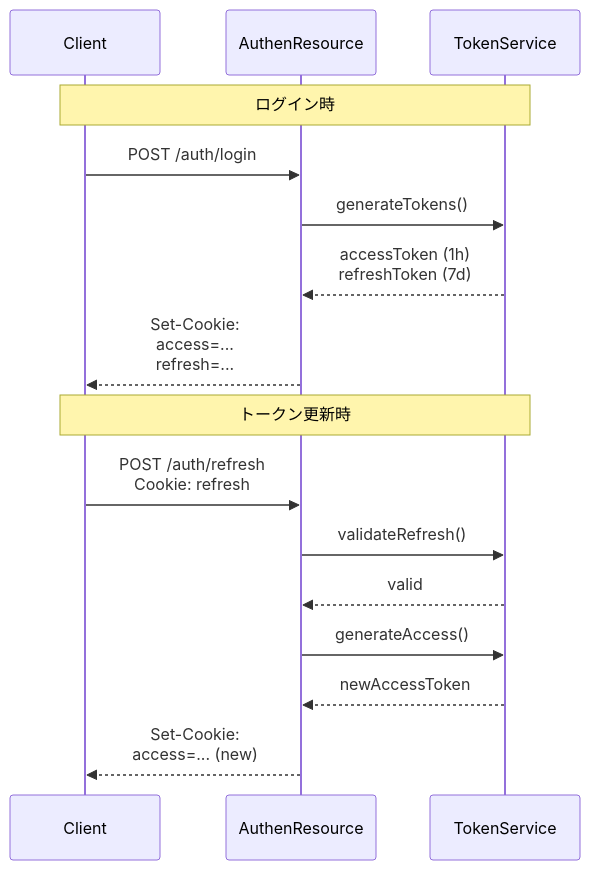
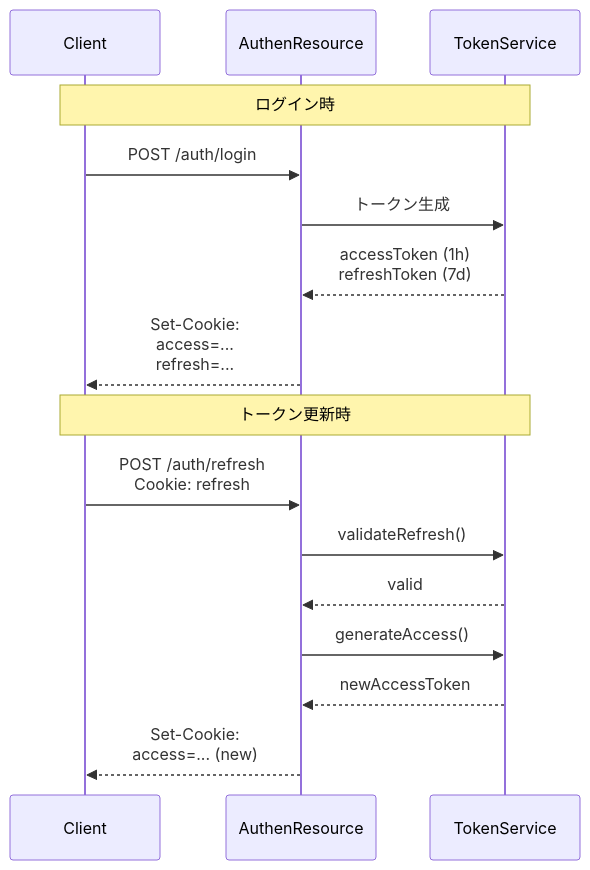
One commit to KenyaSaitoh/ai_driven_dev_202601 changed diagram 12 of 12 in projects/sdd/bookstore/back-office-api-sdd/specs/baseline/api/API_001_auth/functional_design.md. Above: the diagram before and after it, drawn with Mermaid. The commit also changed other lines of this file and 52 other files, not shown here.

````diff
--- a/projects/sdd/bookstore/back-office-api-sdd/specs/baseline/api/API_001_auth/functional_design.md
+++ b/projects/sdd/bookstore/back-office-api-sdd/specs/baseline/api/API_001_auth/functional_design.md
@@ -655,20 +601,20 @@
 ```mermaid
 sequenceDiagram
     participant Client
     participant AuthenResource
     participant TokenService
 
     Note over Client,TokenService: ログイン時
     Client->>AuthenResource: POST /auth/login
-    AuthenResource->>TokenService: generateTokens()
+    AuthenResource->>TokenService: トークン生成
     TokenService-->>AuthenResource: accessToken (1h)<br/>refreshToken (7d)
     AuthenResource-->>Client: Set-Cookie:<br/>access=...<br/>refresh=...
 
     Note over Client,TokenService: トークン更新時
     Client->>AuthenResource: POST /auth/refresh<br/>Cookie: refresh
     AuthenResource->>TokenService: validateRefresh()
     TokenService-->>AuthenResource: valid
     AuthenResource->>TokenService: generateAccess()
     TokenService-->>AuthenResource: newAccessToken
     AuthenResource-->>Client: Set-Cookie:<br/>access=... (new)
 ```
````
